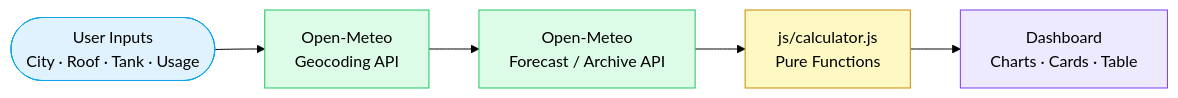
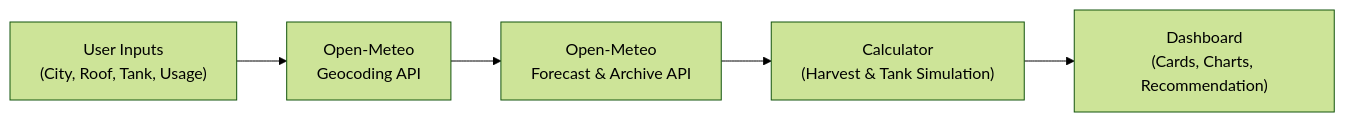
Before and after one commit to abhijeetpatel6203-web/Rainwater-Harvesting: the diagram in README.md, drawn with Mermaid (forest theme). The commit also changed other lines of this file and 4 other files, not shown here.

````diff
--- a/README.md
+++ b/README.md
@@ -77,14 +78,7 @@
 ```mermaid
 flowchart LR
-    A([User Inputs\nCity · Roof · Tank · Usage]) --> B
-    B[Open-Meteo\nGeocoding API] --> C
-    C[Open-Meteo\nForecast / Archive API] --> D
-    D[js/calculator.js\nPure Functions] --> E
-    E[Dashboard\nCharts · Cards · Table]
-
-    style A fill:#e0f2fe,stroke:#0ea5e9
-    style B fill:#dcfce7,stroke:#22c55e
-    style C fill:#dcfce7,stroke:#22c55e
-    style D fill:#fef9c3,stroke:#ca8a04
-    style E fill:#ede9fe,stroke:#7c3aed
+    A["User Inputs<br/>(City, Roof, Tank, Usage)"] --> B["Open-Meteo<br/>Geocoding API"]
+    B --> C["Open-Meteo<br/>Forecast & Archive API"]
+    C --> D["Calculator<br/>(Harvest & Tank Simulation)"]
+    D --> E["Dashboard<br/>(Cards, Charts, Recommendation)"]
 ```
````
